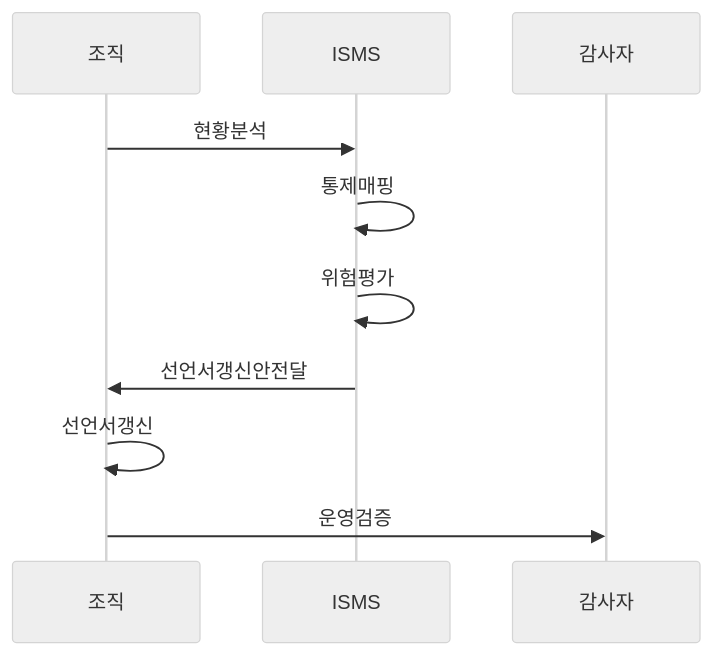
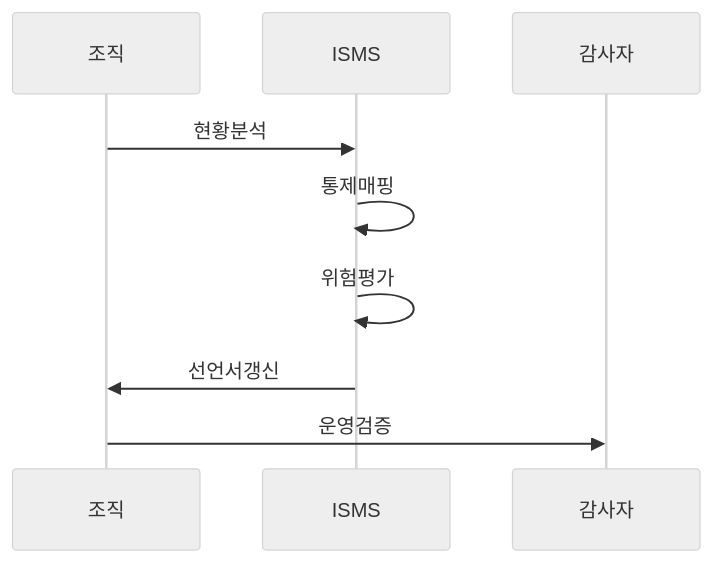
The second of 2 diagrams in src/content/docs/notes/05-security/106_iso_27001_2022_revision.md (agnusdei1207/knowledge-base), drawn with Mermaid (neutral theme) before and after one commit. The commit also changed other lines of this file and 10 other files, not shown here.

````diff
--- a/src/content/docs/notes/05-security/106_iso_27001_2022_revision.md
+++ b/src/content/docs/notes/05-security/106_iso_27001_2022_revision.md
@@ -71,12 +71,11 @@
 ```mermaid
 sequenceDiagram
   participant O as 조직
   participant I as ISMS
   participant A as 감사자
   O->>I: 현황분석
   I->>I: 통제매핑
   I->>I: 위험평가
-  I->>O: 선언서갱신안전달
-  O->>O: 선언서갱신
+  I->>O: 선언서갱신
   O->>A: 운영검증
 ```
````
